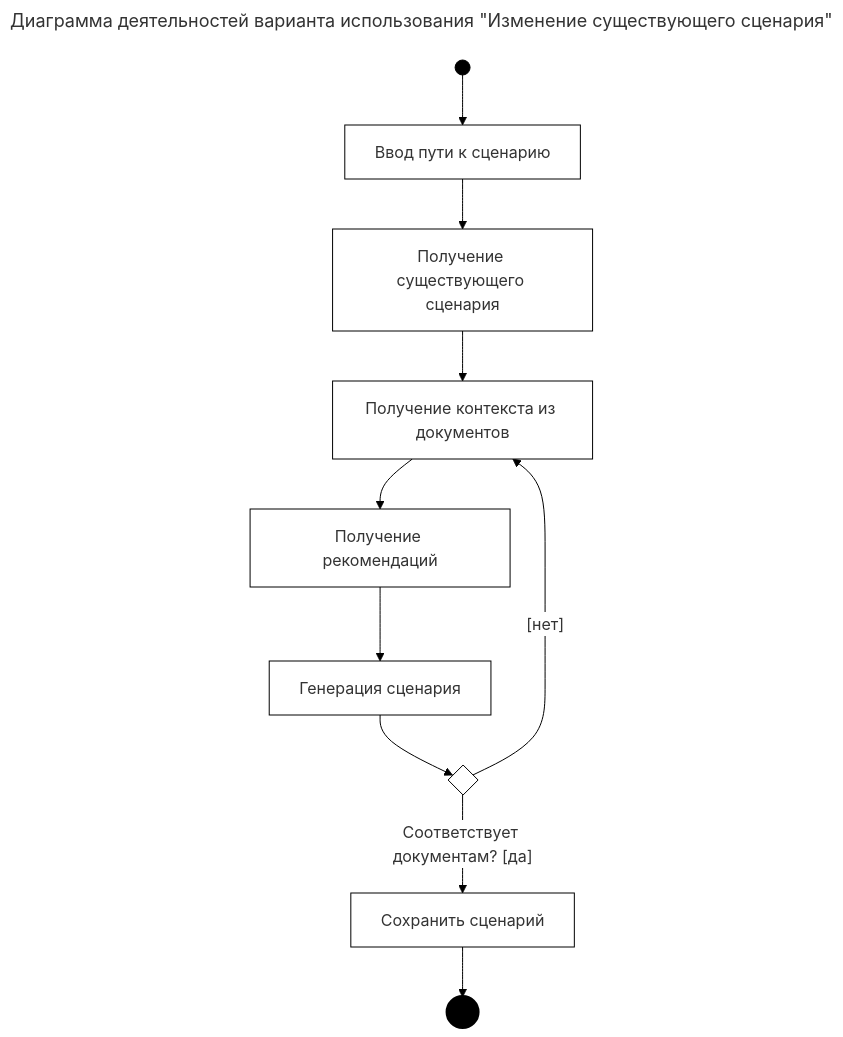
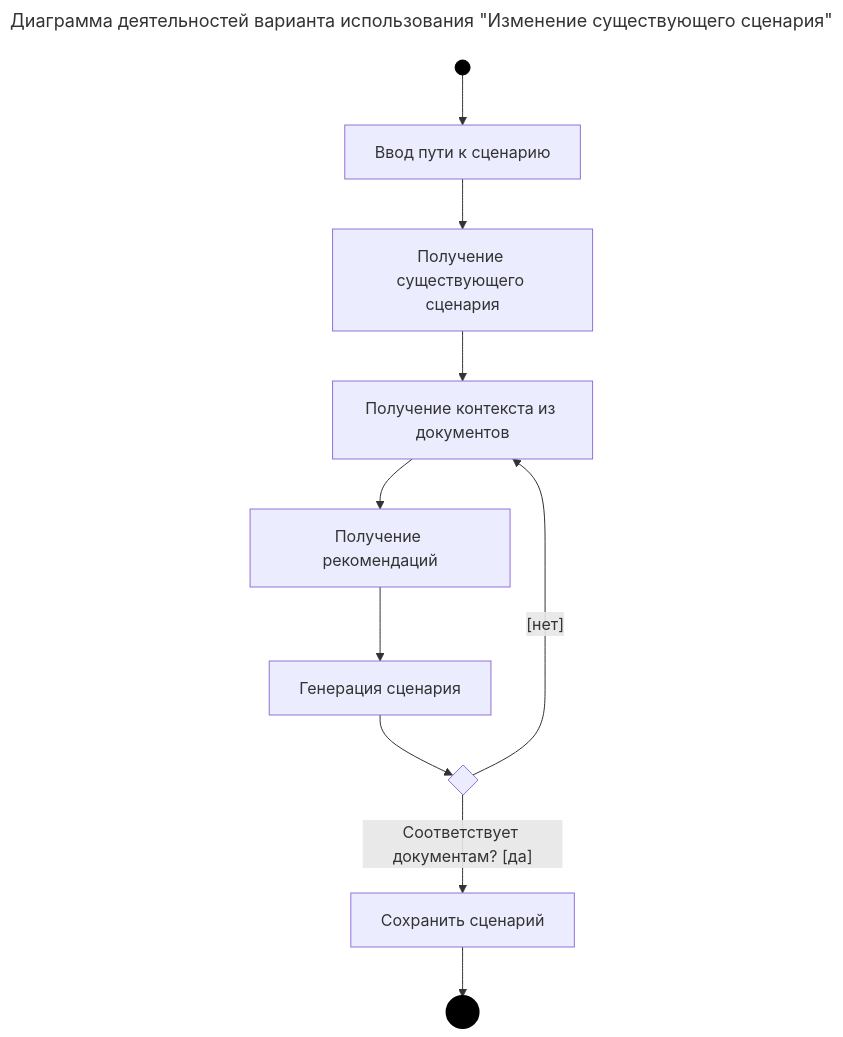
The diagram in 5. Диаграмма деятельностей варианта использования.md (CHSU-scenarAIst/diagrammy), drawn with Mermaid before and after one commit. The commit also changed 26 other files, not shown here.

````diff
--- a/5. Диаграмма деятельностей варианта использования.md
+++ b/5. Диаграмма деятельностей варианта использования.md
@@ -3,47 +3,37 @@
 ```mermaid
 ---
 title: Диаграмма деятельностей варианта использования "Изменение существующего сценария"
 ---
-%%{init: {
-  'theme': 'base',
-  'themeVariables': {
-    'primaryColor': '#fff',
-    'primaryBorderColor': '#000',
-    'lineColor': '#000',
-    'fontFamily': 'arial',
-    'fontSize': '16px'
-  }
-}}%%
 graph TD
     %% Элементы диаграммы
     StartNode(( ))
 
     A[Ввод пути к сценарию]
     Edit1[Получение существующего сценария]
     Edit2[Получение контекста из документов]
     Edit3[Получение рекомендаций]
     Edit4[Генерация сценария]
 
     CondSave{ }
     Save[Сохранить сценарий]
     EndNode((( )))
 
     %% Связи и ветвления
     StartNode --> A
     A --> Edit1
     Edit1 --> Edit2
     Edit2 --> Edit3
     Edit3 --> Edit4
     Edit4 --> CondSave
 
     %% Логика сохранения (Условие extend)
     CondSave -- "Соответствует документам? [да]" --> Save
     CondSave -- "[нет]" --> Edit2
 
     Save --> EndNode
 
     %% Стили для начальной и конечной точек
     style StartNode fill:#000,stroke:#000
     style EndNode fill:#000,stroke:#000,stroke-width:4px
 
 ```
````
